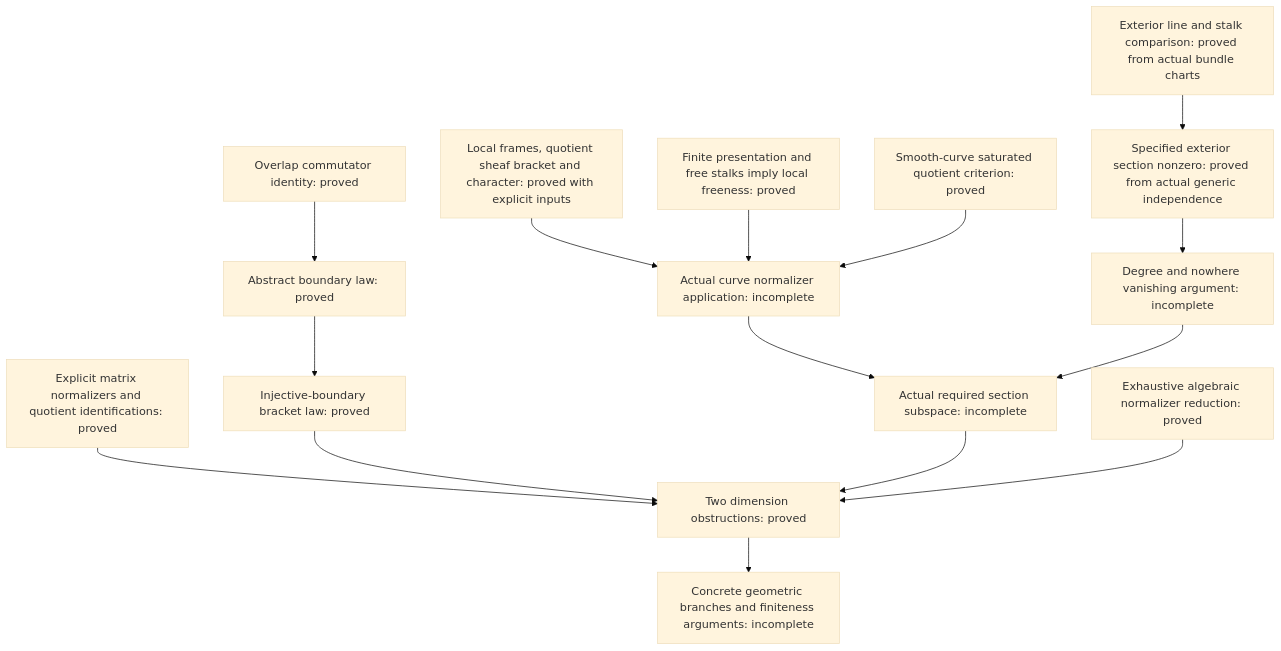
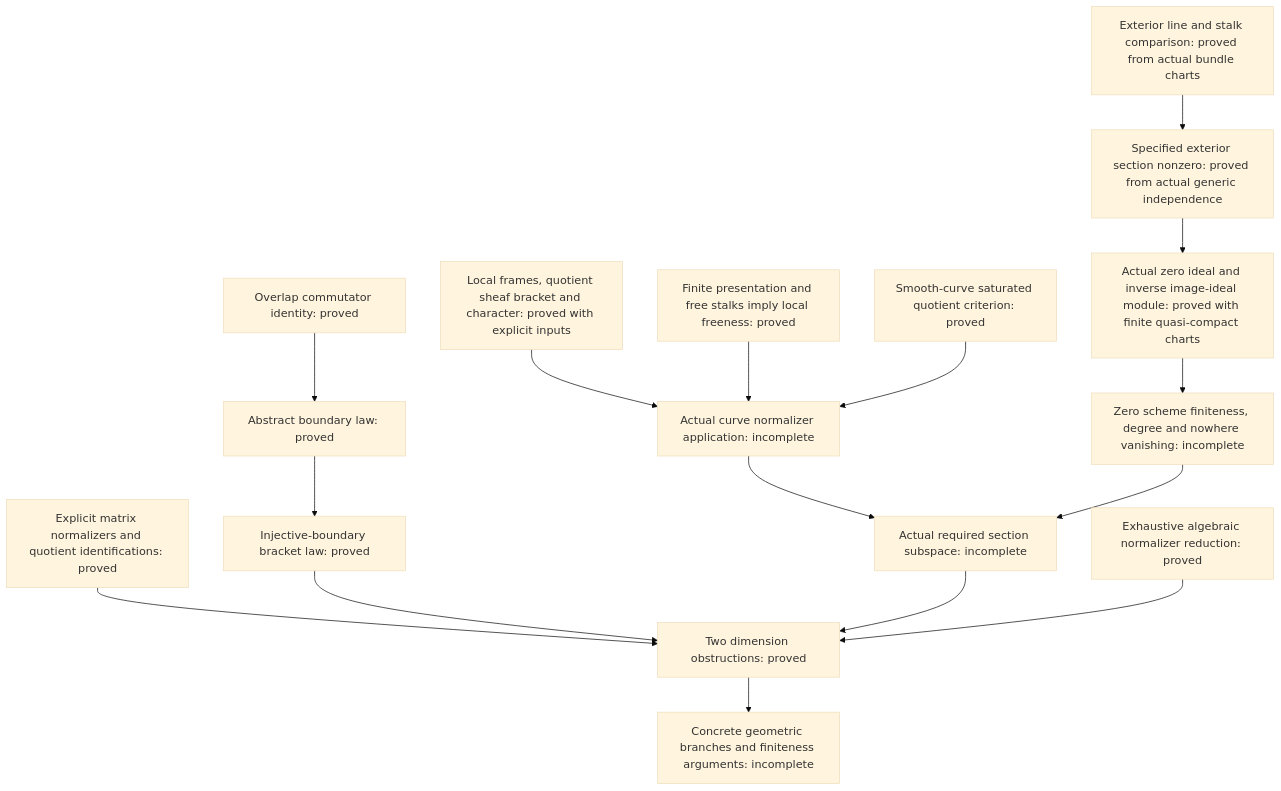
Before and after one commit to Robby955/rank-three-mcg-finiteness: the diagram in lean/normalizer-core/OVERVIEW.md, drawn with Mermaid (base theme). The commit also changed other lines of this file and 24 other files, not shown here.

Commit message:
Formalize specified-section zero ideals and inverse ideal bundles

````diff
--- a/lean/normalizer-core/OVERVIEW.md
+++ b/lean/normalizer-core/OVERVIEW.md
@@ -45,17 +45,18 @@
 ```mermaid
 flowchart TD
   A[Overlap commutator identity: proved] --> B[Abstract boundary law: proved]
   B --> C[Injective-boundary bracket law: proved]
   D[Explicit matrix normalizers and quotient identifications: proved] --> E[Two dimension obstructions: proved]
   C --> E
   F[Local frames, quotient sheaf bracket and character: proved with explicit inputs] --> G[Actual curve normalizer application: incomplete]
   H[Finite presentation and free stalks imply local freeness: proved] --> G
   I[Smooth-curve saturated quotient criterion: proved] --> G
   G --> J[Actual required section subspace: incomplete]
   J --> E
   L[Exhaustive algebraic normalizer reduction: proved] --> E
   M[Exterior line and stalk comparison: proved from actual bundle charts] --> N[Specified exterior section nonzero: proved from actual generic independence]
-  N --> O[Degree and nowhere vanishing argument: incomplete]
+  N --> P[Actual zero ideal and inverse image-ideal module: proved with finite quasi-compact charts]
+  P --> O[Zero scheme finiteness, degree and nowhere vanishing: incomplete]
   O --> J
   E --> K[Concrete geometric branches and finiteness arguments: incomplete]
 ```
````
